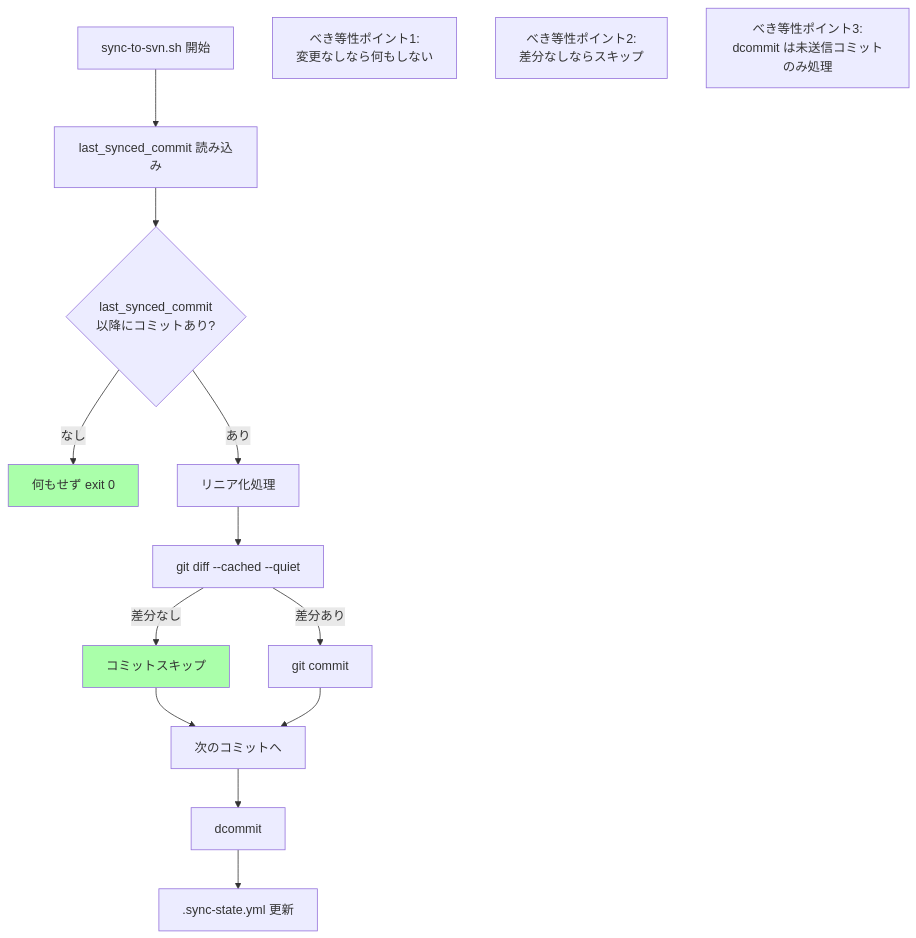
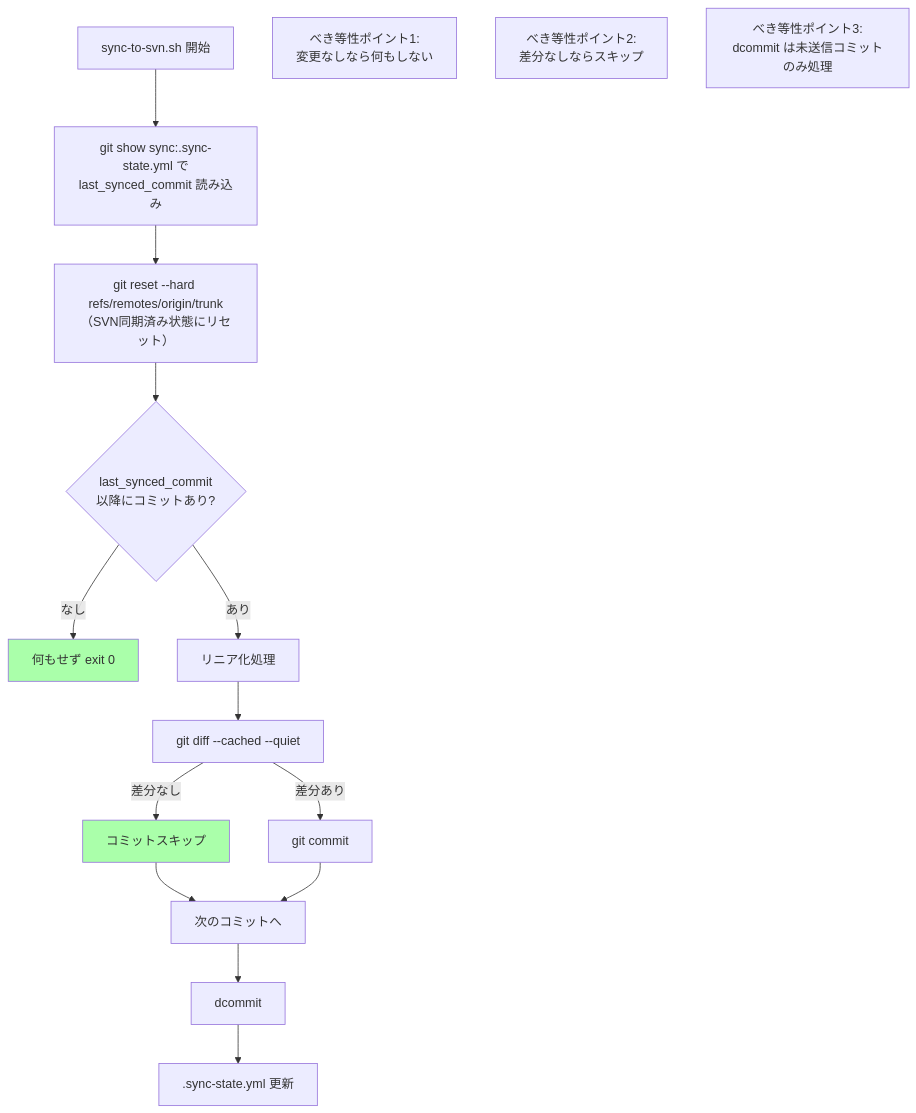
Before and after one commit to NagasakaH/dev-process: the ninth of 10 diagrams in docs/git-svn-backup/design/04_process-flow-design.md, drawn with Mermaid. The commit also changed other lines of this file and 4 other files, not shown here.

````diff
--- a/docs/git-svn-backup/design/04_process-flow-design.md
+++ b/docs/git-svn-backup/design/04_process-flow-design.md
@@ -285,20 +292,21 @@
 ```mermaid
 flowchart TD
-    A["sync-to-svn.sh 開始"] --> B["last_synced_commit 読み込み"]
-    B --> C{"last_synced_commit<br/>以降にコミットあり?"}
+    A["sync-to-svn.sh 開始"] --> B["git show sync:.sync-state.yml で<br/>last_synced_commit 読み込み"]
+    B --> B2["git reset --hard refs/remotes/origin/trunk<br/>（SVN同期済み状態にリセット）"]
+    B2 --> C{"last_synced_commit<br/>以降にコミットあり?"}
     C -->|なし| D["何もせず exit 0"]
     C -->|あり| E["リニア化処理"]
     E --> F["git diff --cached --quiet"]
     F -->|差分なし| G["コミットスキップ"]
     F -->|差分あり| H["git commit"]
     G --> I["次のコミットへ"]
     H --> I
     I --> J["dcommit"]
     J --> K[".sync-state.yml 更新"]
 
     style D fill:#afa
     style G fill:#afa
     note1["べき等性ポイント1:<br/>変更なしなら何もしない"]
     note2["べき等性ポイント2:<br/>差分なしならスキップ"]
     note3["べき等性ポイント3:<br/>dcommit は未送信コミットのみ処理"]
 ```
````
